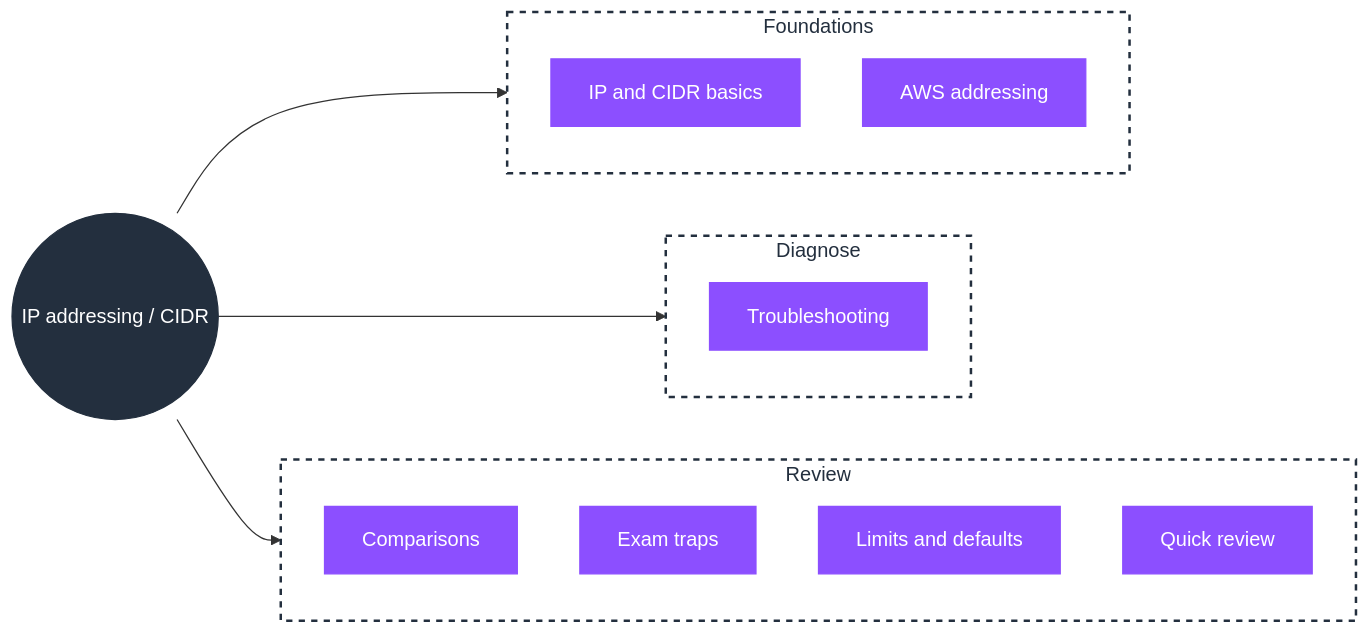
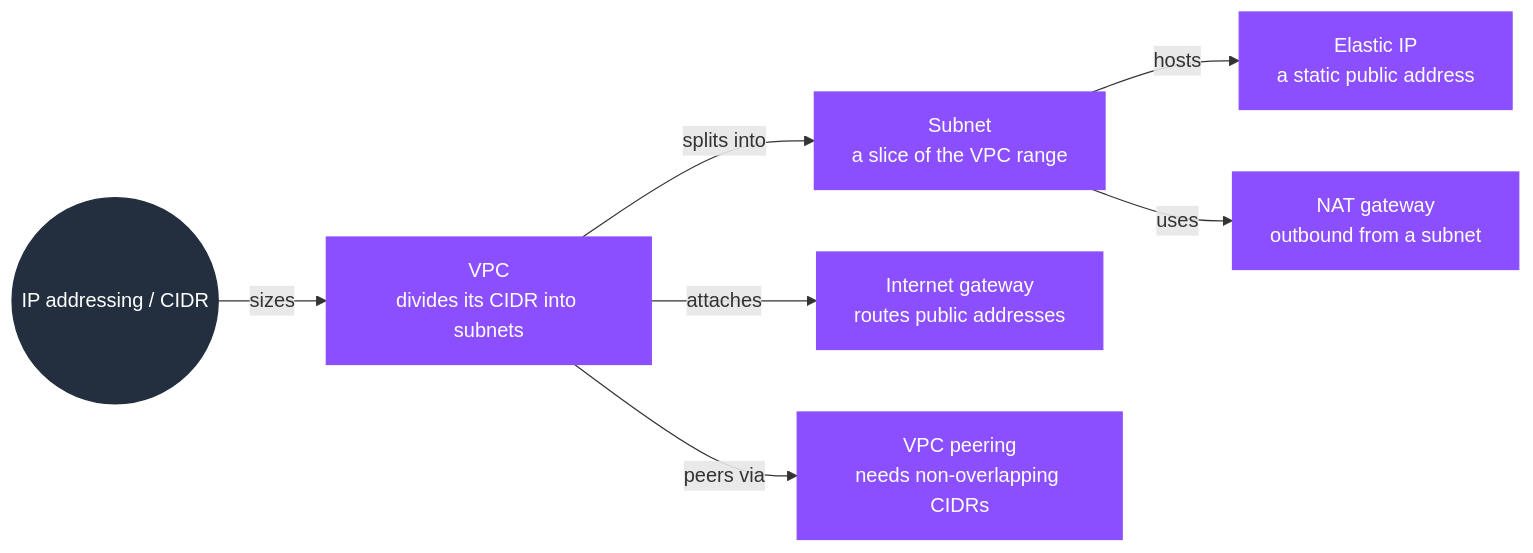
One commit to GabrielAlmeidaFlores/AWS-CloudOps-Engineer-Associate-Doc changed the diagram in 01-concepts/01-networking/01-ip-addressing/README.md. Above: the diagram before and after it, drawn with Mermaid. The commit also changed other lines of this file and 3 other files, not shown here.

First line of the commit message:
docs: make README mind maps compact relationship maps

````diff
--- a/01-concepts/01-networking/01-ip-addressing/README.md
+++ b/01-concepts/01-networking/01-ip-addressing/README.md
@@ -27,26 +27,20 @@
 ```mermaid
 flowchart LR
-    ROOT(("IP addressing / CIDR"))
-    subgraph FOUND["Foundations"]
-      F1["IP and CIDR basics"]:::network
-      F2["AWS addressing"]:::network
-    end
-    subgraph DIAG["Diagnose"]
-      D1["Troubleshooting"]:::network
-    end
-    subgraph REVIEW["Review"]
-      R1["Comparisons"]:::network
-      R2["Exam traps"]:::network
-      R3["Limits and defaults"]:::network
-      R4["Quick review"]:::network
-    end
-    ROOT --> FOUND
-    ROOT --> DIAG
-    ROOT --> REVIEW
+    CIDR(("IP addressing / CIDR"))
+    VPC["VPC<br/>divides its CIDR into subnets"]
+    SN["Subnet<br/>a slice of the VPC range"]
+    EIP["Elastic IP<br/>a static public address"]
+    NAT["NAT gateway<br/>outbound from a subnet"]
+    IGW["Internet gateway<br/>routes public addresses"]
+    PEER["VPC peering<br/>needs non-overlapping CIDRs"]
+    CIDR -->|"sizes"| VPC
+    VPC -->|"splits into"| SN
+    SN -->|"hosts"| EIP
+    SN -->|"uses"| NAT
+    VPC -->|"attaches"| IGW
+    VPC -->|"peers via"| PEER
     classDef network fill:#8C4FFF,stroke:#8C4FFF,color:#ffffff
     classDef actor fill:#232F3E,stroke:#232F3E,color:#ffffff
-    class ROOT actor
-    style FOUND fill:#ffffff,stroke:#232F3E,stroke-width:2px,stroke-dasharray:5 5,color:#232F3E
-    style DIAG fill:#ffffff,stroke:#232F3E,stroke-width:2px,stroke-dasharray:5 5,color:#232F3E
-    style REVIEW fill:#ffffff,stroke:#232F3E,stroke-width:2px,stroke-dasharray:5 5,color:#232F3E
+    class CIDR actor
+    class VPC,SN,EIP,NAT,IGW,PEER network
 ```
````
